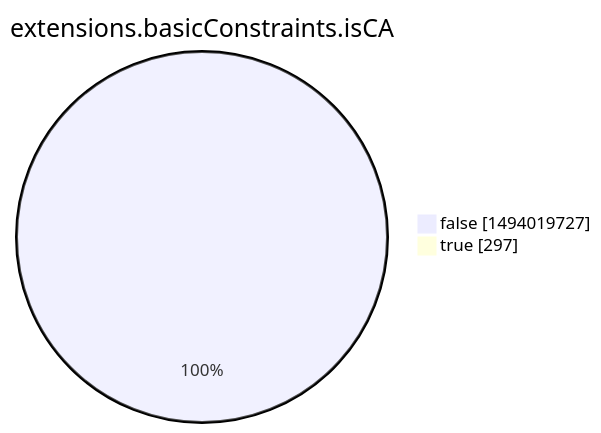
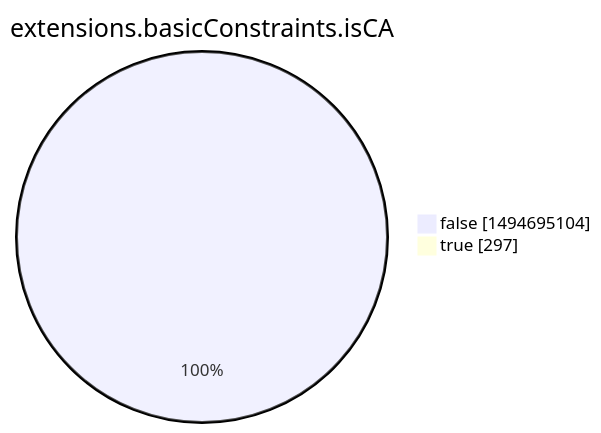
Before and after one commit to christiankrug/ctmonitor_visualization: the eighth of 15 diagrams in argon2022/README.md, drawn with Mermaid. The commit also changed other lines of this file, not shown here.

````diff
--- a/argon2022/README.md
+++ b/argon2022/README.md
@@ -2760,6 +2760,6 @@
 ```mermaid
 pie showData
 title extensions.basicConstraints.isCA
-"false" :1494019727
+"false" :1494695104
 "true" :297
 ```
````
